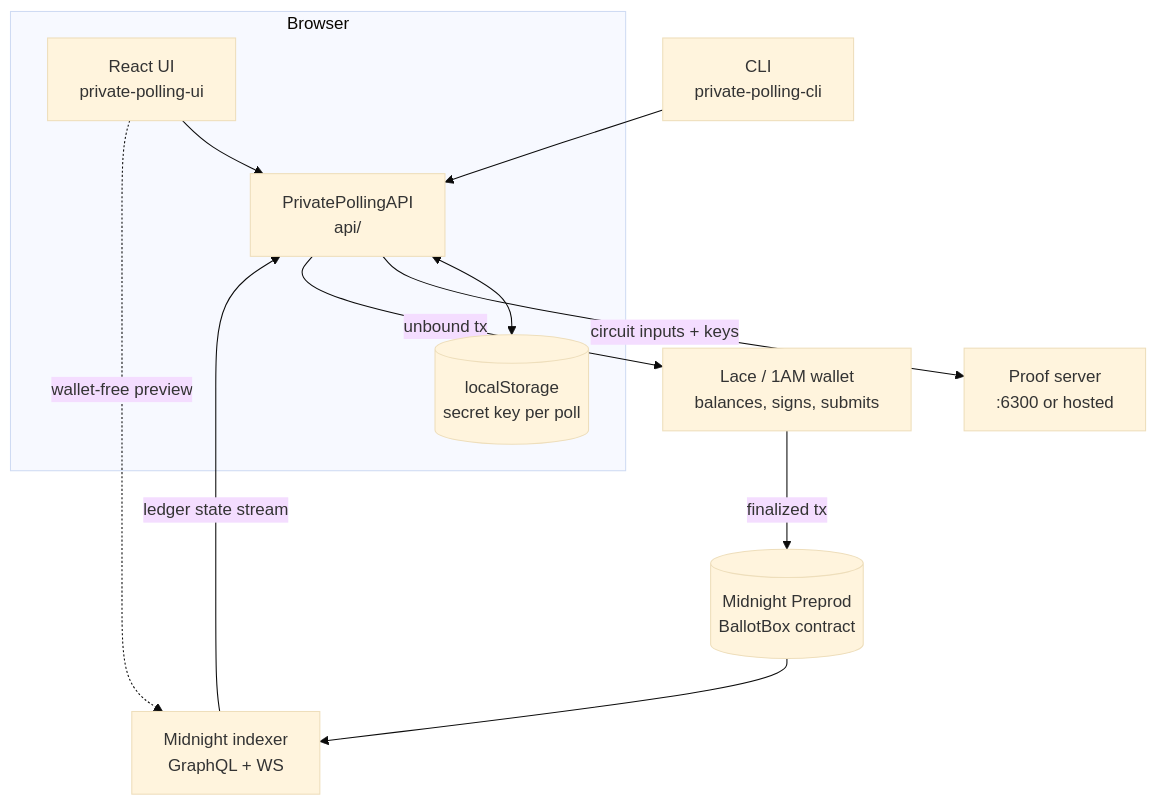
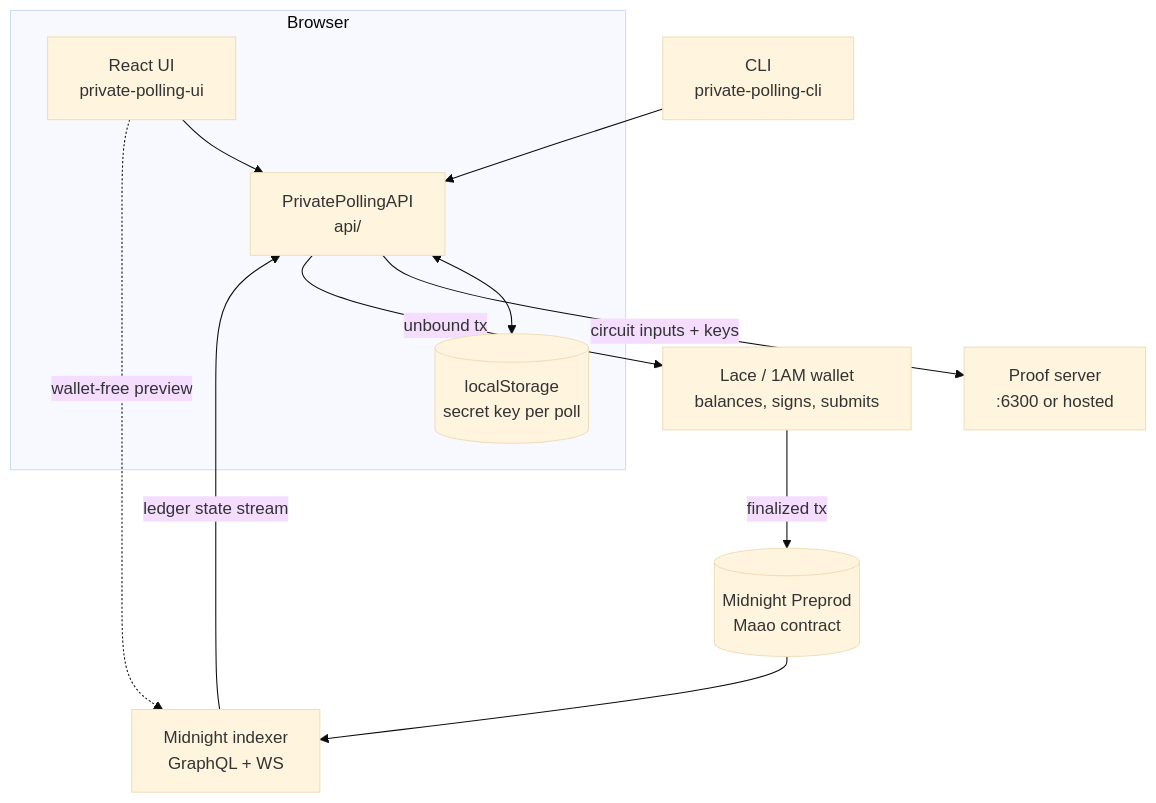
The first of 3 diagrams in docs/ARCHITECTURE.md (mesayanroy/BallotBox), drawn with Mermaid (base theme) before and after one commit. The commit also changed other lines of this file and 56 other files, not shown here.

````diff
--- a/docs/ARCHITECTURE.md
+++ b/docs/ARCHITECTURE.md
@@ -20,23 +20,23 @@
 ```mermaid
 flowchart TB
     subgraph Browser
         UI[React UI<br/>private-polling-ui]
         API[PrivatePollingAPI<br/>api/]
         PS[(localStorage<br/>secret key per poll)]
         UI --> API
         API <--> PS
     end
     Wallet[Lace / 1AM wallet<br/>balances, signs, submits]
     Prover[Proof server<br/>:6300 or hosted]
     Indexer[Midnight indexer<br/>GraphQL + WS]
-    Chain[(Midnight Preprod<br/>BallotBox contract)]
+    Chain[(Midnight Preprod<br/>Maao contract)]
 
     API -- circuit inputs + keys --> Prover
     API -- unbound tx --> Wallet
     Wallet -- finalized tx --> Chain
     Chain --> Indexer
     Indexer -- ledger state stream --> API
     UI -. wallet-free preview .-> Indexer
 
     CLI[CLI<br/>private-polling-cli] --> API
 ```
````
